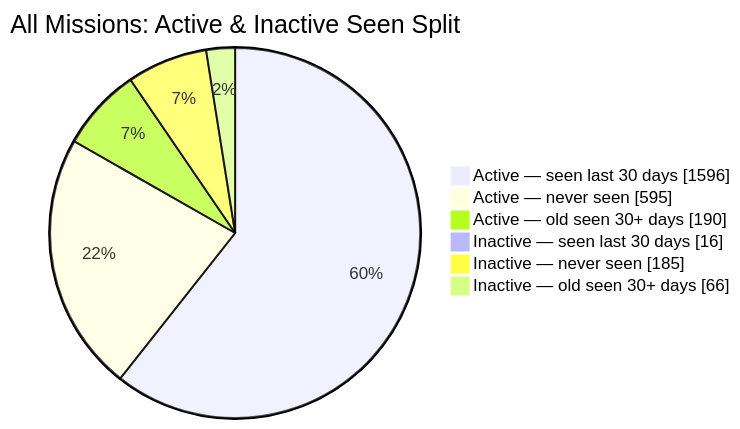
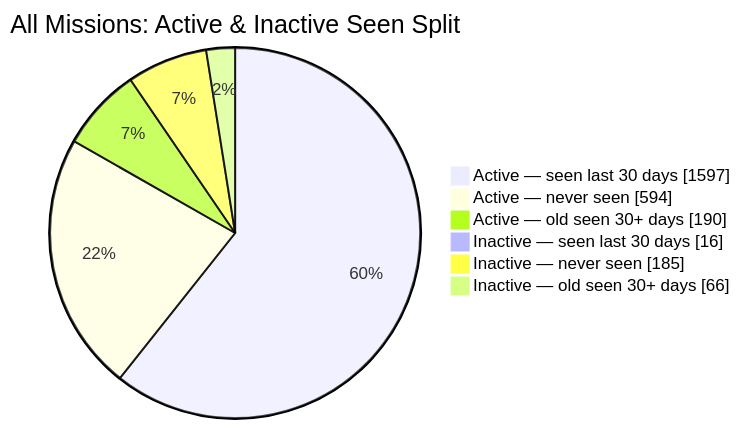
Before and after one commit to MeldkamerspelGameTeam/active-missions: the second of 2 diagrams in README.md, drawn with Mermaid. The commit also changed other lines of this file and 3 other files, not shown here.

````diff
--- a/README.md
+++ b/README.md
@@ -44,10 +44,10 @@
 ```mermaid
 pie showData
     title All Missions: Active & Inactive Seen Split
-    "Active — seen last 30 days" : 1596
-    "Active — never seen" : 595
+    "Active — seen last 30 days" : 1597
+    "Active — never seen" : 594
     "Active — old seen 30+ days" : 190
     "Inactive — seen last 30 days" : 16
     "Inactive — never seen" : 185
     "Inactive — old seen 30+ days" : 66
 ```
````
